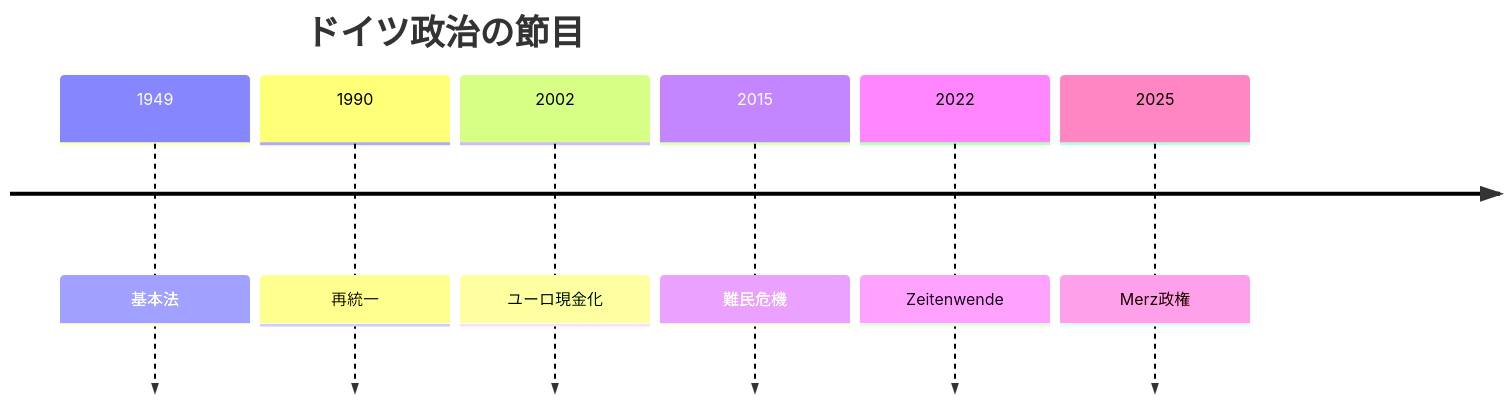
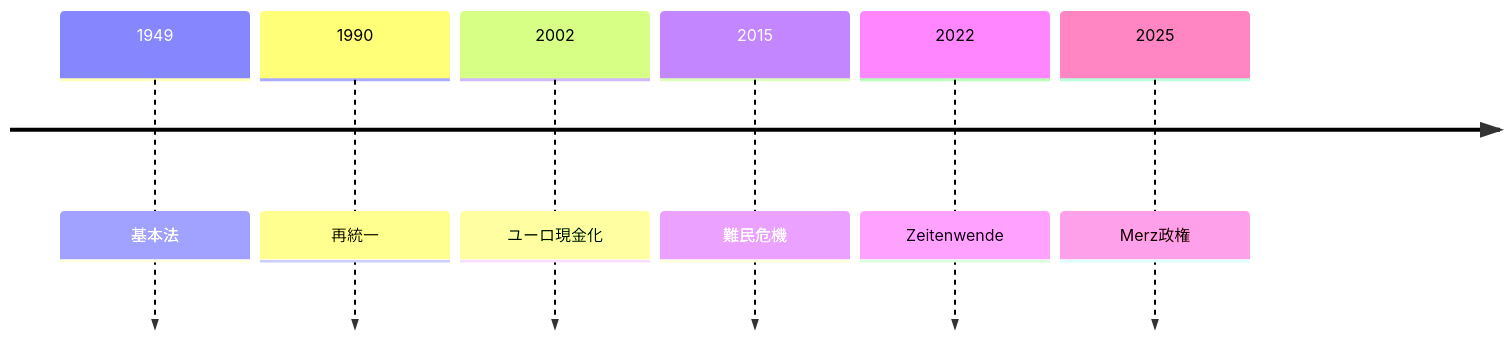
Before and after one commit to daylight55/research: the second of 2 diagrams in articles/report/germany-geopolitical-profile/ja/index.mdx, drawn with Mermaid. The commit also changed other lines of this file and 181 other files, not shown here.

First line of the commit message:
全記事の図解368点を再生成し、共通注意書きを削除 (#402)

````diff
--- a/articles/report/germany-geopolitical-profile/ja/index.mdx
+++ b/articles/report/germany-geopolitical-profile/ja/index.mdx
@@ -41,10 +49,13 @@
 ```mermaid
 timeline
-  title ドイツ政治の節目
+  accTitle: ドイツの再統一・欧州統合・安全保障の節目
+  accDescr: 戦後憲法、再統一、ユーロ、難民政策、安全保障転換、政権交代を年代で並べる。
+  accTitle: ドイツの再統一・欧州統合・安全保障の節目
+  accDescr: 戦後憲法、再統一、ユーロ、難民政策、安全保障転換、政権交代を年代で並べる。
   1949 : 基本法
   1990 : 再統一
   2002 : ユーロ現金化
   2015 : 難民危機
   2022 : Zeitenwende
   2025 : Merz政権
 ```
````
